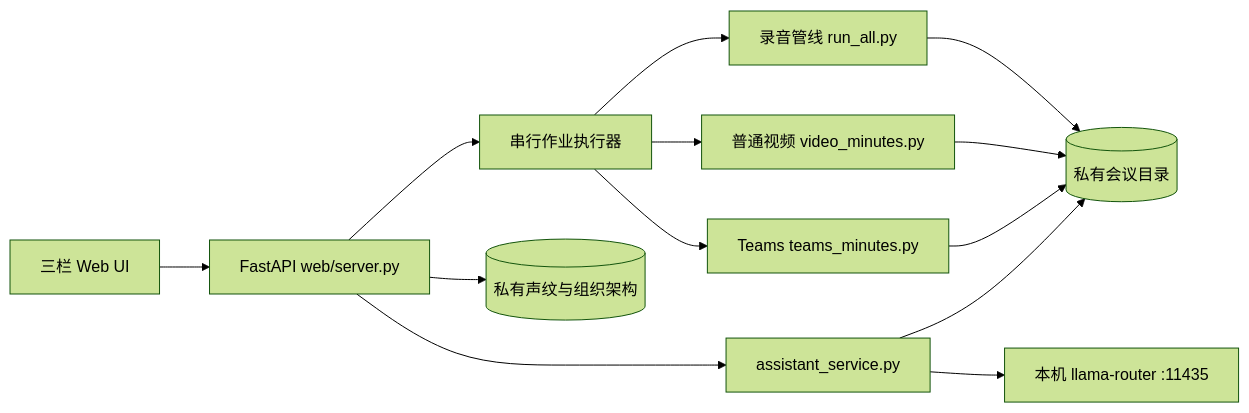
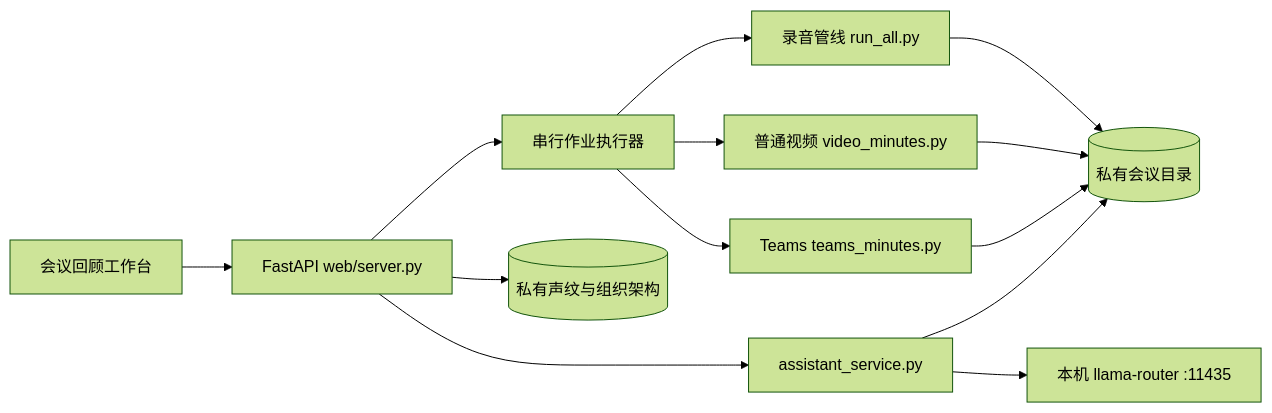
One commit to JohnnyBGoodeLithium/Local-Video-Meeting-Minutes changed the diagram in docs/ARCHITECTURE.md. Above: the diagram before and after it, drawn with Mermaid (forest theme). The commit also changed other lines of this file and 10 other files, not shown here.

````diff
--- a/docs/ARCHITECTURE.md
+++ b/docs/ARCHITECTURE.md
@@ -11,15 +11,15 @@
 ```mermaid
 flowchart LR
-    UI[三栏 Web UI] --> API[FastAPI web/server.py]
+    UI[会议回顾工作台] --> API[FastAPI web/server.py]
     API --> JOBS[串行作业执行器]
     JOBS --> AUDIO[录音管线 run_all.py]
     JOBS --> VIDEO[普通视频 video_minutes.py]
     JOBS --> TEAMS[Teams teams_minutes.py]
     AUDIO --> DATA[(私有会议目录)]
     VIDEO --> DATA
     TEAMS --> DATA
     API --> BANK[(私有声纹与组织架构)]
     API --> ASSIST[assistant_service.py]
     ASSIST --> ROUTER[本机 llama-router :11435]
     ASSIST --> DATA
 ```
````
